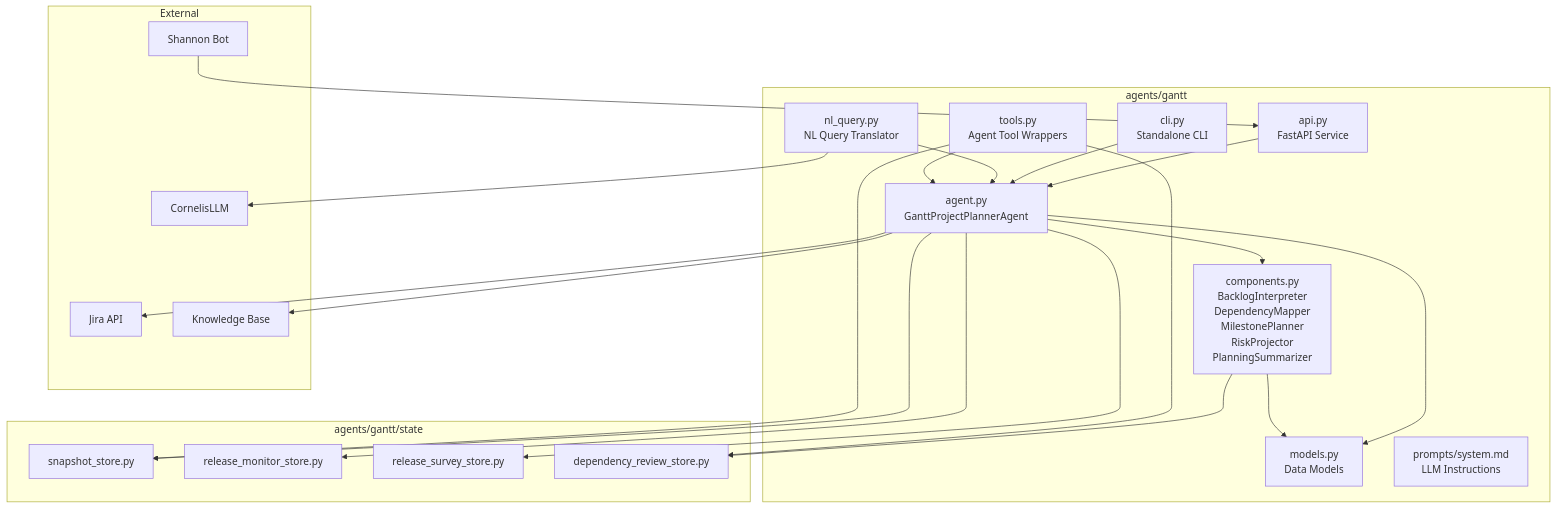
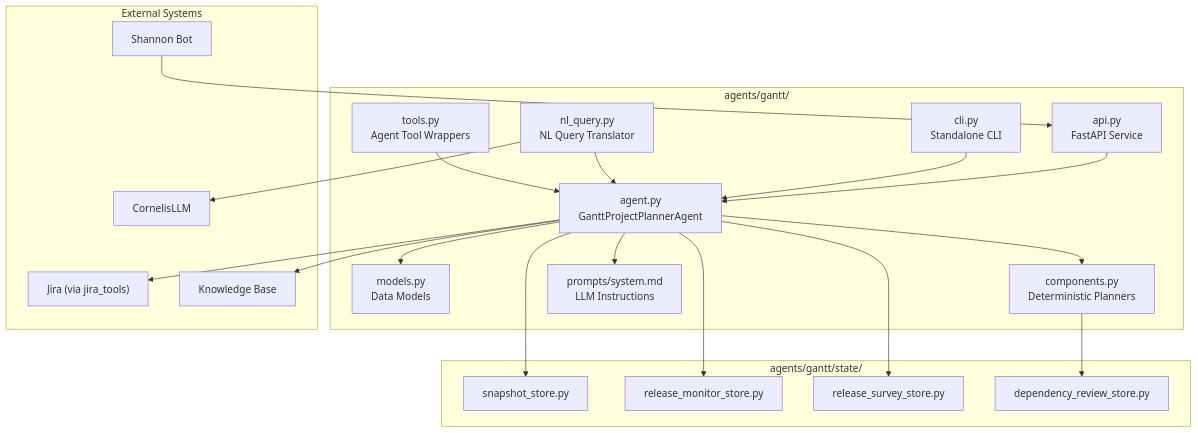
Before and after one commit to jmac-cornelis/agent-workforce: the first of 4 diagrams in docs/agents-gantt.md, drawn with Mermaid. The commit also changed other lines of this file and 7 other files, not shown here.

````diff
--- a/docs/agents-gantt.md
+++ b/docs/agents-gantt.md
@@ -25,45 +25,43 @@
 ```mermaid
 graph TB
-    subgraph "agents/gantt"
+    subgraph "agents/gantt/"
         AGENT["agent.py<br/>GanttProjectPlannerAgent"]
         API["api.py<br/>FastAPI Service"]
         CLI["cli.py<br/>Standalone CLI"]
+        MODELS["models.py<br/>Data Models"]
+        COMPONENTS["components.py<br/>Deterministic Planners"]
         NL["nl_query.py<br/>NL Query Translator"]
-        COMPONENTS["components.py<br/>BacklogInterpreter<br/>DependencyMapper<br/>MilestonePlanner<br/>RiskProjector<br/>PlanningSummarizer"]
-        MODELS["models.py<br/>Data Models"]
         TOOLS["tools.py<br/>Agent Tool Wrappers"]
-        PROMPTS["prompts/system.md<br/>LLM Instructions"]
+        PROMPT["prompts/system.md<br/>LLM Instructions"]
     end
 
-    subgraph "agents/gantt/state"
+    subgraph "agents/gantt/state/"
         SNAP_STORE["snapshot_store.py"]
         RM_STORE["release_monitor_store.py"]
         RS_STORE["release_survey_store.py"]
         DR_STORE["dependency_review_store.py"]
     end
 
-    subgraph "External"
-        JIRA["Jira API"]
+    subgraph "External Systems"
+        JIRA["Jira (via jira_tools)"]
         LLM["CornelisLLM"]
         SHANNON["Shannon Bot"]
-        KNOWLEDGE["Knowledge Base"]
+        KB["Knowledge Base"]
     end
 
     API --> AGENT
     CLI --> AGENT
     NL --> AGENT
     NL --> LLM
     AGENT --> COMPONENTS
     AGENT --> MODELS
-    COMPONENTS --> MODELS
+    AGENT --> PROMPT
+    AGENT --> JIRA
+    AGENT --> KB
+    TOOLS --> AGENT
     AGENT --> SNAP_STORE
     AGENT --> RM_STORE
     AGENT --> RS_STORE
     COMPONENTS --> DR_STORE
-    AGENT --> JIRA
-    AGENT --> KNOWLEDGE
-    TOOLS --> AGENT
-    TOOLS --> SNAP_STORE
-    TOOLS --> DR_STORE
     SHANNON --> API
 ```
````
